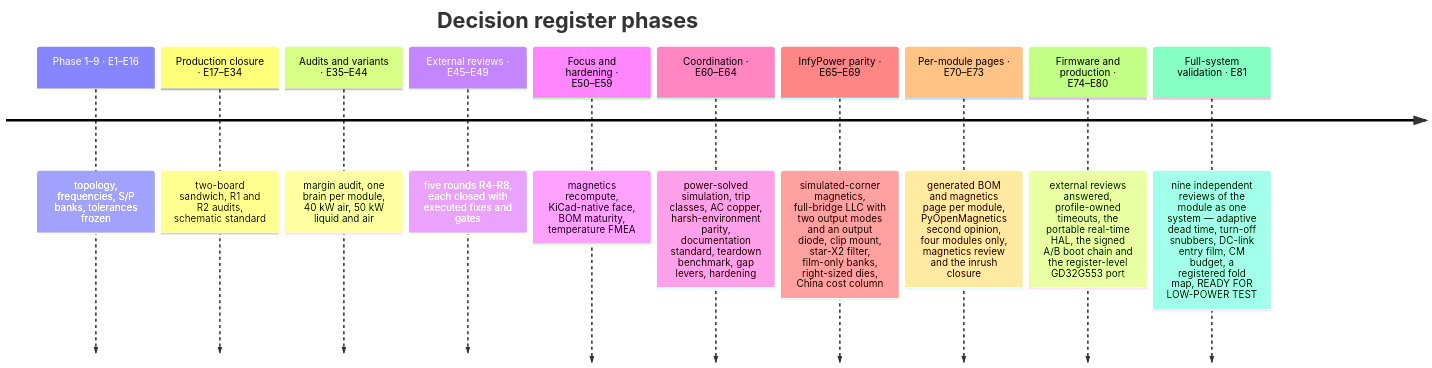
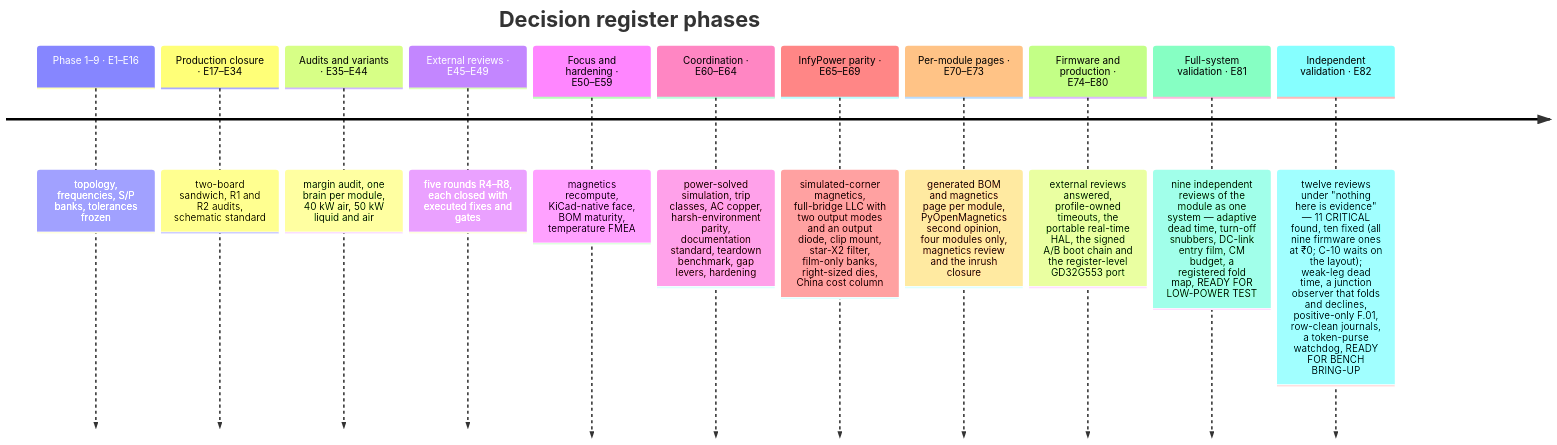
Before and after one commit to vectivolt/DC-Modules: the fourth of 4 diagrams in docs/architecture.md, drawn with Mermaid. The commit also changed other lines of this file and 338 other files, not shown here.

````diff
--- a/docs/architecture.md
+++ b/docs/architecture.md
@@ -199,14 +207,15 @@
 ```mermaid
 timeline
   title Decision register phases
   Phase 1–9 · E1–E16 : topology, frequencies, S/P banks, tolerances frozen
   Production closure · E17–E34 : two-board sandwich, R1 and R2 audits, schematic standard
   Audits and variants · E35–E44 : margin audit, one brain per module, 40 kW air, 50 kW liquid and air
   External reviews · E45–E49 : five rounds R4–R8, each closed with executed fixes and gates
   Focus and hardening · E50–E59 : magnetics recompute, KiCad-native face, BOM maturity, temperature FMEA
   Coordination · E60–E64 : power-solved simulation, trip classes, AC copper, harsh-environment parity, documentation standard, teardown benchmark, gap levers, hardening
   InfyPower parity · E65–E69 : simulated-corner magnetics, full-bridge LLC with two output modes and an output diode, clip mount, star-X2 filter, film-only banks, right-sized dies, China cost column
   Per-module pages · E70–E73 : generated BOM and magnetics page per module, PyOpenMagnetics second opinion, four modules only, magnetics review and the inrush closure
   Firmware and production · E74–E80 : external reviews answered, profile-owned timeouts, the portable real-time HAL, the signed A/B boot chain and the register-level GD32G553 port
   Full-system validation · E81 : nine independent reviews of the module as one system — adaptive dead time, turn-off snubbers, DC-link entry film, CM budget, a registered fold map, READY FOR LOW-POWER TEST
+  Independent validation · E82 : twelve reviews under "nothing here is evidence" — 11 CRITICAL found, ten fixed (all nine firmware ones at ₹0; C-10 waits on the layout); weak-leg dead time, a junction observer that folds and declines, positive-only F.01, row-clean journals, a token-purse watchdog, READY FOR BENCH BRING-UP
 ```
````
